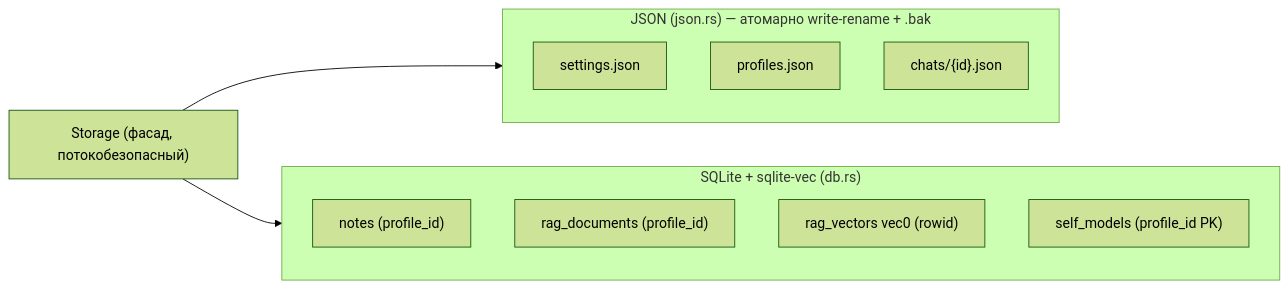
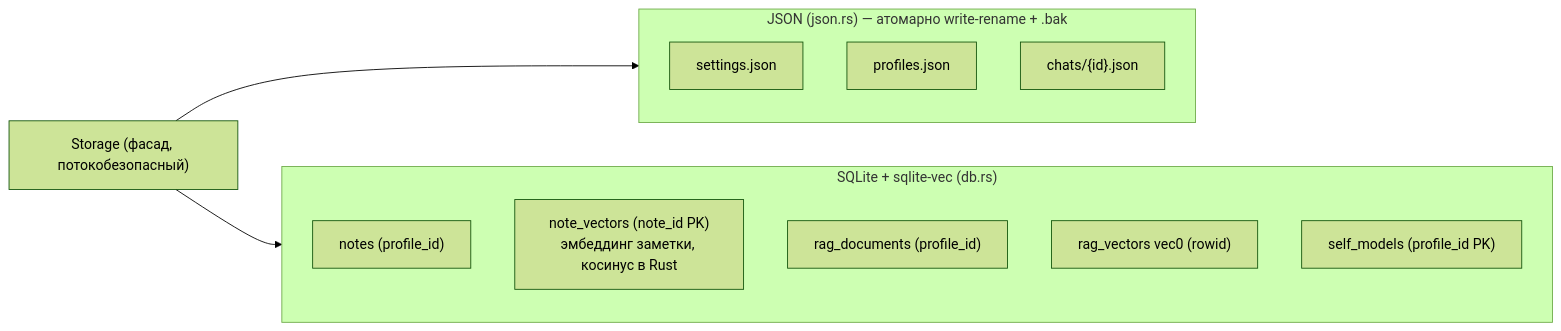
The ninth of 12 diagrams in docs/architecture.md (vshylov/mindfork-rs), drawn with Mermaid (forest theme) before and after one commit. The commit also changed other lines of this file and 4 other files, not shown here.

````diff
--- a/docs/architecture.md
+++ b/docs/architecture.md
@@ -534,17 +534,18 @@
 ```mermaid
 flowchart LR
     STORE["Storage (фасад, потокобезопасный)"]
     subgraph JSON["JSON (json.rs) — атомарно write-rename + .bak"]
         SET["settings.json"]
         PRO["profiles.json"]
         CHATS["chats/{id}.json"]
     end
     subgraph DB["SQLite + sqlite-vec (db.rs)"]
         NOTES["notes (profile_id)"]
+        NV["note_vectors (note_id PK)<br/>эмбеддинг заметки, косинус в Rust"]
         RAGD["rag_documents (profile_id)"]
         VEC["rag_vectors vec0 (rowid)"]
         SELF["self_models (profile_id PK)"]
     end
     STORE --> JSON
     STORE --> DB
 ```
````
